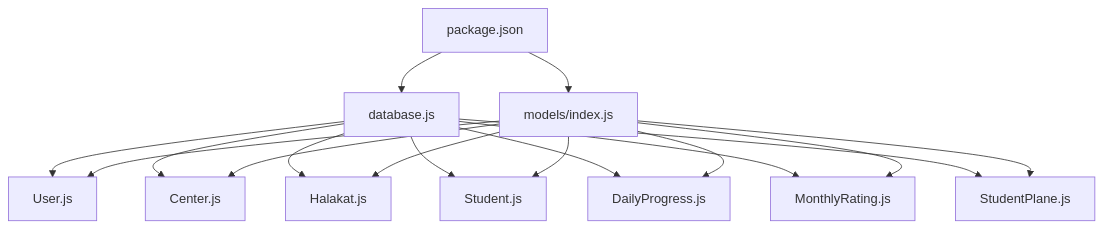
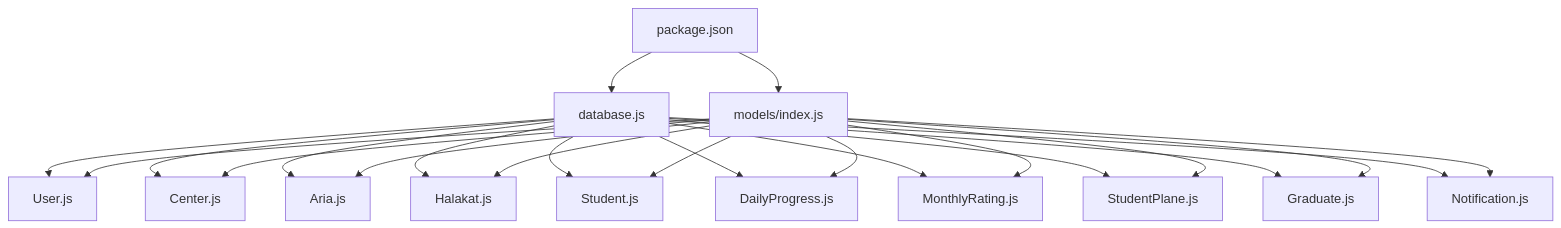
One commit to Mreng78/khirocom_project changed the fifth of 5 diagrams in .qoder/repowiki/en/content/Database Design/Database Design.md. Above: the diagram before and after it, drawn with Mermaid. The commit also changed other lines of this file and 13 other files, not shown here.

````diff
--- a/.qoder/repowiki/en/content/Database Design/Database Design.md
+++ b/.qoder/repowiki/en/content/Database Design/Database Design.md
@@ -472,29 +637,38 @@
 ```mermaid
 graph TB
 P["package.json"]
 DB["database.js"]
 IDX["models/index.js"]
 U["User.js"]
 C["Center.js"]
+AR["Aria.js"]
 H["Halakat.js"]
 S["Student.js"]
 DP["DailyProgress.js"]
 MR["MonthlyRating.js"]
 SP["StudentPlane.js"]
+G["Graduate.js"]
+N["Notification.js"]
 P --> DB
 P --> IDX
 DB --> U
 DB --> C
+DB --> AR
 DB --> H
 DB --> S
 DB --> DP
 DB --> MR
 DB --> SP
+DB --> G
+DB --> N
 IDX --> U
 IDX --> C
+IDX --> AR
 IDX --> H
 IDX --> S
 IDX --> DP
 IDX --> MR
 IDX --> SP
+IDX --> G
+IDX --> N
 ```
````
